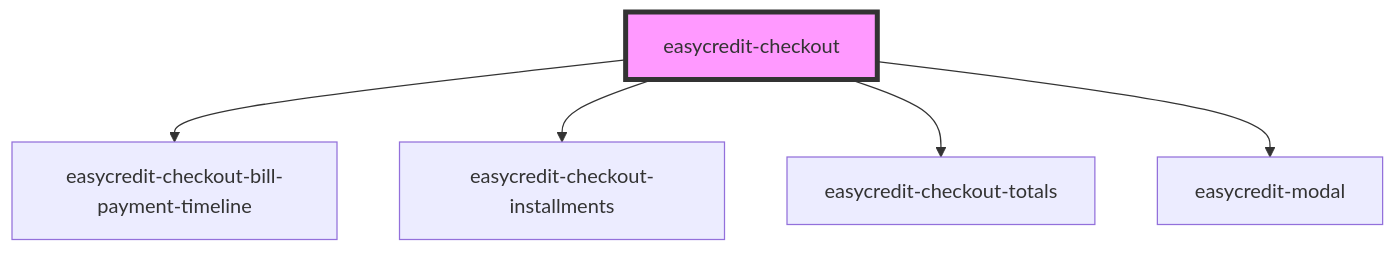
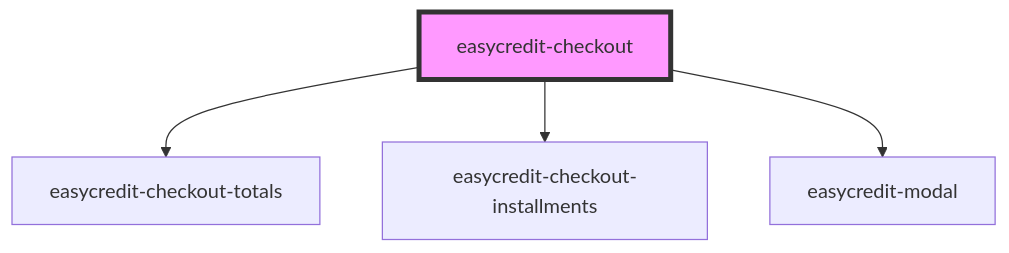
Before and after one commit to teambank/easycredit-webcomponents: the diagram in src/components/easycredit-checkout/readme.md, drawn with Mermaid. The commit also changed other lines of this file and 18 other files, not shown here.

````diff
--- a/src/components/easycredit-checkout/readme.md
+++ b/src/components/easycredit-checkout/readme.md
@@ -31,8 +30,7 @@
 ```mermaid
 graph TD;
-  easycredit-checkout --> easycredit-checkout-bill-payment-timeline
+  easycredit-checkout --> easycredit-checkout-totals
   easycredit-checkout --> easycredit-checkout-installments
-  easycredit-checkout --> easycredit-checkout-totals
   easycredit-checkout --> easycredit-modal
   style easycredit-checkout fill:#f9f,stroke:#333,stroke-width:4px
 ```
````
